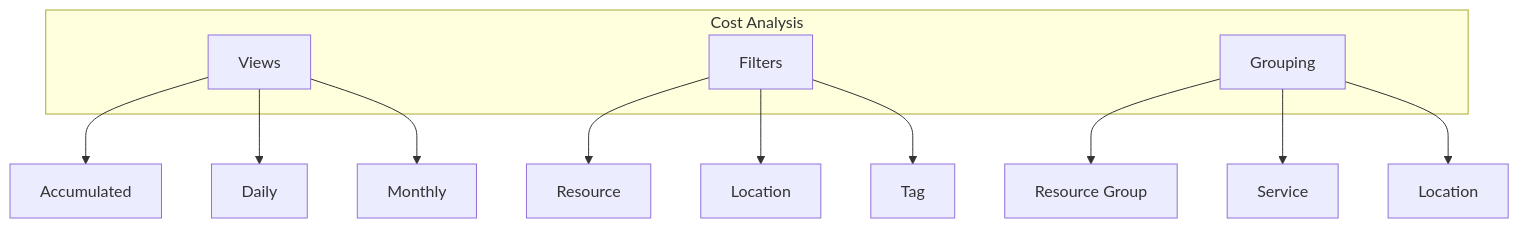
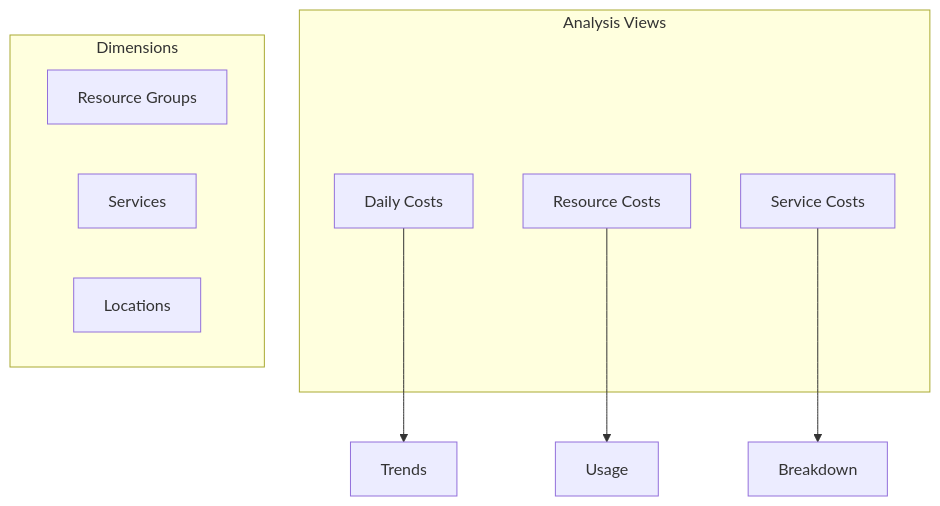
The second of 15 diagrams in src/azure/az-104/Cost_Management.md (saravanakumarrc/Architecture_Journey), drawn with Mermaid before and after one commit. The commit also changed other lines of this file and 6 other files, not shown here.

````diff
--- a/src/azure/az-104/Cost_Management.md
+++ b/src/azure/az-104/Cost_Management.md
@@ -35,20 +35,18 @@
 ```mermaid
 graph TB
-    subgraph "Cost Analysis"
-        A[Views]
-        B[Filters]
-        C[Grouping]
+    subgraph "Analysis Views"
+        A[Daily Costs]
+        B[Resource Costs]
+        C[Service Costs]
     end
     
-    A --> D[Accumulated]
-    A --> E[Daily]
-    A --> F[Monthly]
+    subgraph "Dimensions"
+        D[Resource Groups]
+        E[Services]
+        F[Locations]
+    end
     
-    B --> G[Resource]
-    B --> H[Location]
-    B --> I[Tag]
-    
-    C --> J[Resource Group]
-    C --> K[Service]
-    C --> L[Location]
+    A --> G[Trends]
+    B --> H[Usage]
+    C --> I[Breakdown]
 ```
````
